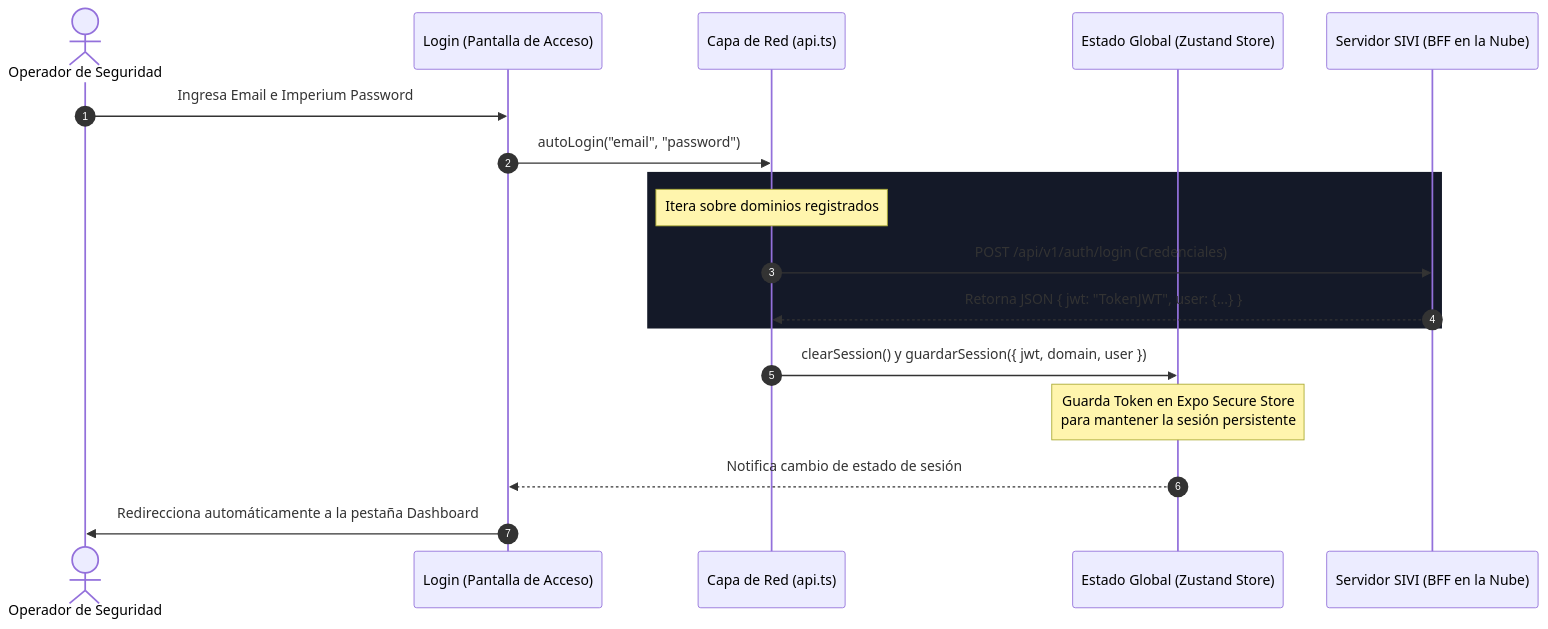
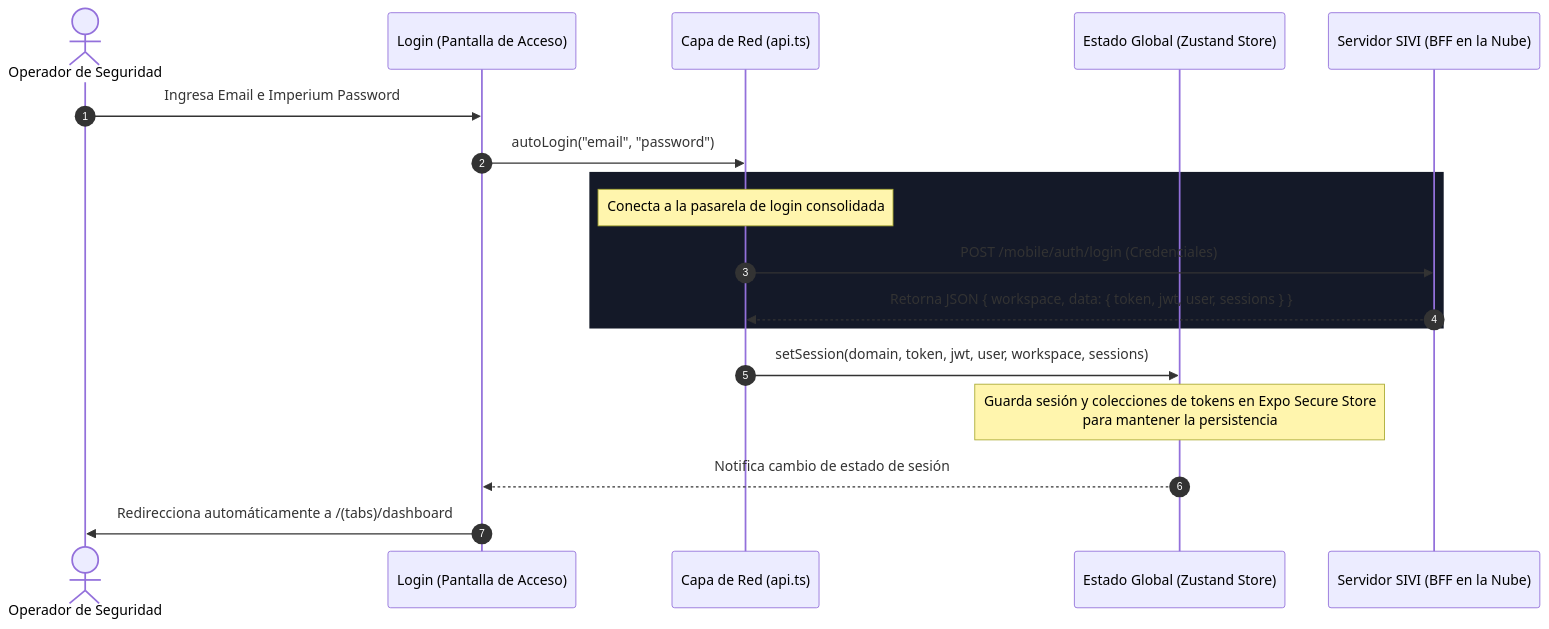
Before and after one commit to soportesivi-cpu/App_sivi: the first of 4 diagrams in docs/infraestructura/03_flujos_y_secuencias.md, drawn with Mermaid. The commit also changed other lines of this file and 13 other files, not shown here.

````diff
--- a/docs/infraestructura/03_flujos_y_secuencias.md
+++ b/docs/infraestructura/03_flujos_y_secuencias.md
@@ -9,23 +9,23 @@
 ```mermaid
 sequenceDiagram
     autonumber
     actor Operador as Operador de Seguridad
     participant UI as Login (Pantalla de Acceso)
     participant API as Capa de Red (api.ts)
     participant Store as Estado Global (Zustand Store)
     participant Cloud as Servidor SIVI (BFF en la Nube)
 
     Operador->>UI: Ingresa Email e Imperium Password
     UI->>API: autoLogin("email", "password")
     
     rect rgb(20, 25, 40)
-        Note over API: Itera sobre dominios registrados
-        API->>Cloud: POST /api/v1/auth/login (Credenciales)
-        Cloud-->>API: Retorna JSON { jwt: "TokenJWT", user: {...} }
+        Note over API: Conecta a la pasarela de login consolidada
+        API->>Cloud: POST /mobile/auth/login (Credenciales)
+        Cloud-->>API: Retorna JSON { workspace, data: { token, jwt, user, sessions } }
     end
 
-    API->>Store: clearSession() y guardarSession({ jwt, domain, user })
-    Note over Store: Guarda Token en Expo Secure Store<br/>para mantener la sesión persistente
+    API->>Store: setSession(domain, token, jwt, user, workspace, sessions)
+    Note over Store: Guarda sesión y colecciones de tokens en Expo Secure Store<br/>para mantener la persistencia
     Store-->>UI: Notifica cambio de estado de sesión
-    UI->>Operador: Redirecciona automáticamente a la pestaña Dashboard
+    UI->>Operador: Redirecciona automáticamente a /(tabs)/dashboard
 ```
````
